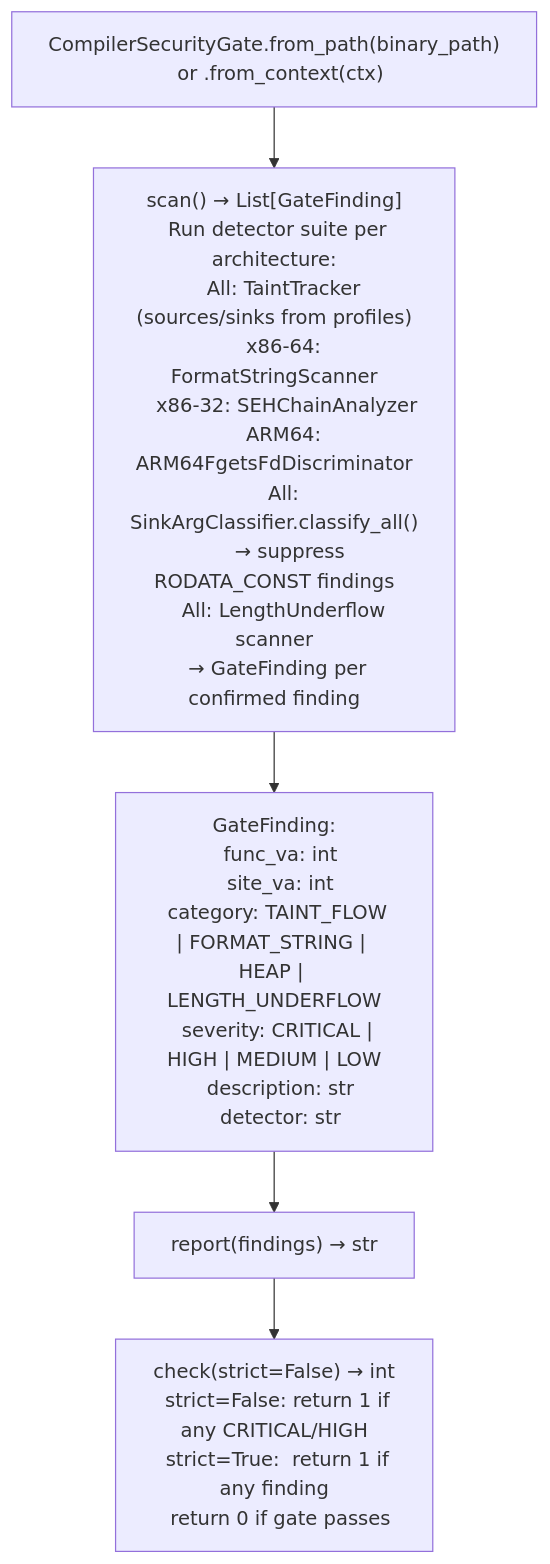
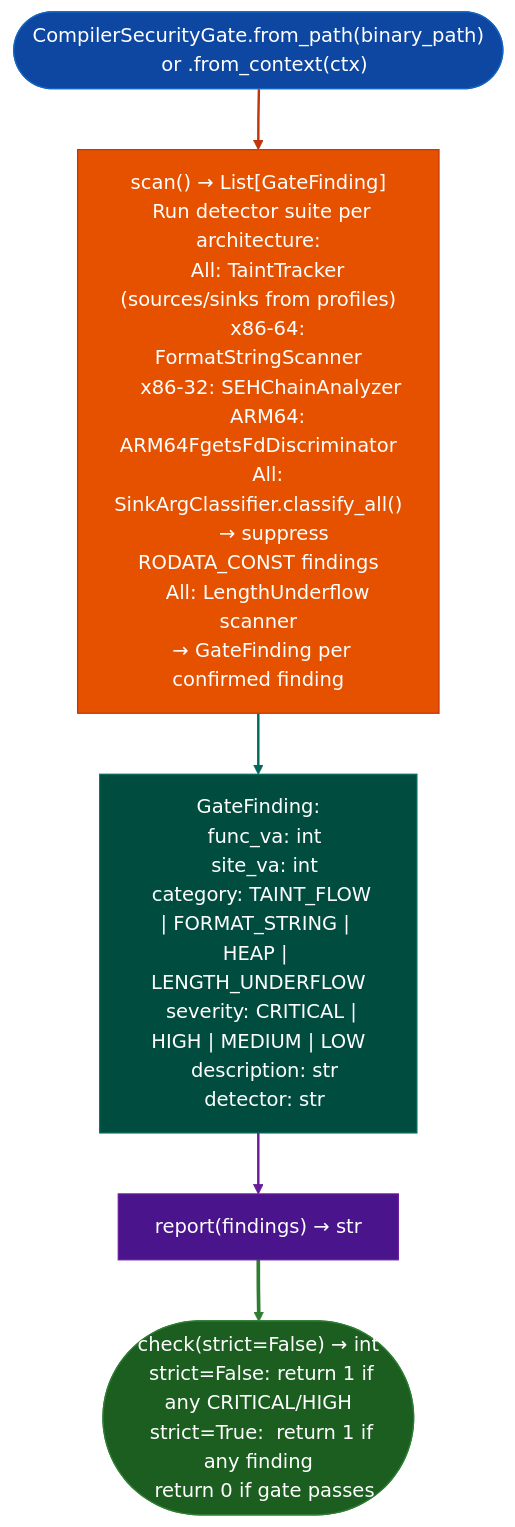
The diagram in docs/reference-modules/instrumentation-noise-removal.md (Ablation-Tool/ablation), drawn with Mermaid before and after one commit. The commit also changed 320 other files, not shown here.

First line of the commit message:
docs: apply canonical Mermaid template to all 321 diagrams

````diff
--- a/docs/reference-modules/instrumentation-noise-removal.md
+++ b/docs/reference-modules/instrumentation-noise-removal.md
@@ -19,7 +19,17 @@
 ```mermaid
 flowchart TD
-    A["CompilerSecurityGate.from_path(binary_path)\n  or .from_context(ctx)"] --> B["scan() → List[GateFinding]\n  Run detector suite per architecture:\n    All: TaintTracker (sources/sinks from profiles)\n    x86-64: FormatStringScanner\n    x86-32: SEHChainAnalyzer\n    ARM64: ARM64FgetsFdDiscriminator\n    All: SinkArgClassifier.classify_all()\n      → suppress RODATA_CONST findings\n    All: LengthUnderflow scanner\n  → GateFinding per confirmed finding"]
-    B --> C["GateFinding:\n  func_va: int\n  site_va: int\n  category: TAINT_FLOW | FORMAT_STRING | HEAP | LENGTH_UNDERFLOW\n  severity: CRITICAL | HIGH | MEDIUM | LOW\n  description: str\n  detector: str"]
-    C --> D["report(findings) → str"]
-    D --> E["check(strict=False) → int\n  strict=False: return 1 if any CRITICAL/HIGH\n  strict=True:  return 1 if any finding\n  return 0 if gate passes"]
+    A(["CompilerSecurityGate.from_path(binary_path)\n  or .from_context(ctx)"]):::input --> B["scan() → List[GateFinding]\n  Run detector suite per architecture:\n    All: TaintTracker (sources/sinks from profiles)\n    x86-64: FormatStringScanner\n    x86-32: SEHChainAnalyzer\n    ARM64: ARM64FgetsFdDiscriminator\n    All: SinkArgClassifier.classify_all()\n      → suppress RODATA_CONST findings\n    All: LengthUnderflow scanner\n  → GateFinding per confirmed finding"]:::primary
+    B:::primary --> C["GateFinding:\n  func_va: int\n  site_va: int\n  category: TAINT_FLOW | FORMAT_STRING | HEAP | LENGTH_UNDERFLOW\n  severity: CRITICAL | HIGH | MEDIUM | LOW\n  description: str\n  detector: str"]:::secondary
+    C:::secondary --> D["report(findings) → str"]:::tertiary
+    D:::tertiary --> E(["check(strict=False) → int\n  strict=False: return 1 if any CRITICAL/HIGH\n  strict=True:  return 1 if any finding\n  return 0 if gate passes"]):::output
+    classDef input     fill:#0d47a1,stroke:#1565c0,color:#fff
+    classDef primary   fill:#e65100,stroke:#bf360c,color:#fff
+    classDef secondary fill:#004d40,stroke:#00695c,color:#fff
+    classDef tertiary  fill:#4a148c,stroke:#6a1b9a,color:#fff
+    classDef neutral   fill:#37474f,stroke:#546e7a,color:#fff
+    classDef output    fill:#1b5e20,stroke:#2e7d32,color:#fff
+    linkStyle 0 stroke:#bf360c,stroke-width:2px
+    linkStyle 1 stroke:#00695c,stroke-width:2px
+    linkStyle 2 stroke:#6a1b9a,stroke-width:2px
+    linkStyle 3 stroke:#2e7d32,stroke-width:3px
 ```
````
